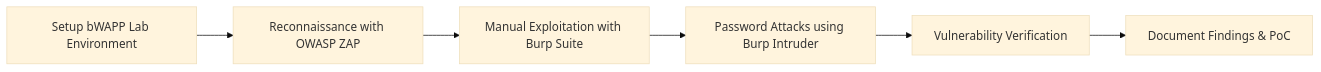
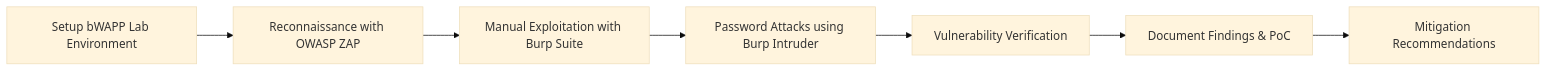
One commit to Fathijem/FUTURE_CS_01 changed the diagram in README.md. Above: the diagram before and after it, drawn with Mermaid (base theme). The commit also changed other lines of this file, not shown here.

````diff
--- a/README.md
+++ b/README.md
@@ -81,8 +81,9 @@
 ```mermaid
 flowchart LR
     A[Setup bWAPP Lab Environment] --> B[Reconnaissance with OWASP ZAP]
     B --> C[Manual Exploitation with Burp Suite]
     C --> D[Password Attacks using Burp Intruder]
     D --> E[Vulnerability Verification]
     E --> F[Document Findings & PoC]
+    F --> G[Mitigation Recommendations]
 ```
````
